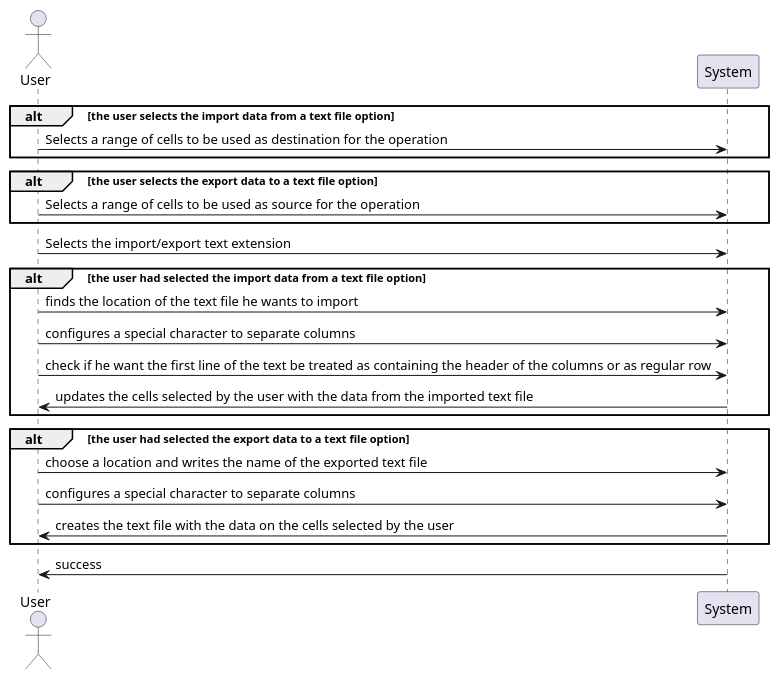
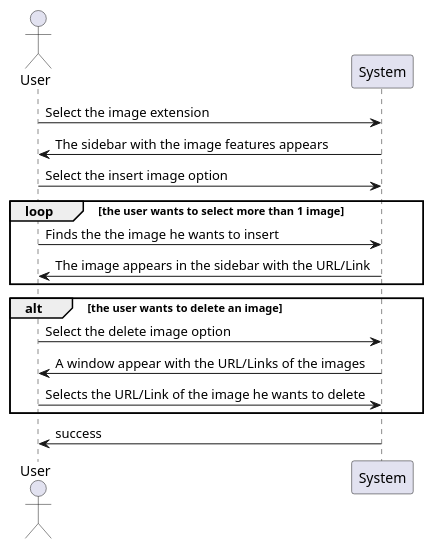
One commit to PeFerreira98/ISEP.Lic.LAPR4_2017 changed the diagram in src/main/java/lapr4/green/s2/core/n1130626/insertimage/core06.1_analysis.puml. Above: the diagram before and after it, drawn with PlantUML.

Commit message:
#LAPR4E17DL-162 #comment Analysis partially done #time 2h

```diff
--- a/src/main/java/lapr4/green/s2/core/n1130626/insertimage/core06.1_analysis.puml
+++ b/src/main/java/lapr4/green/s2/core/n1130626/insertimage/core06.1_analysis.puml
@@ -1,32 +1,24 @@
 @startuml core06.1_analysis.png
 
 actor User
 
 participant "System" as s
 
-alt the user selects the import data from a text file option
-User->s: Selects a range of cells to be used as destination for the operation
+User->s: Select the image extension
+s->User: The sidebar with the image features appears
+User->s: Select the insert image option
+
+loop the user wants to select more than 1 image
+User->s: Finds the the image he wants to insert
+s->User: The image appears in the sidebar with the URL/Link
 end
 
-alt the user selects the export data to a text file option
-User->s: Selects a range of cells to be used as source for the operation
-end
-
-User->s: Selects the import/export text extension
-
-alt the user had selected the import data from a text file option
-User->s: finds the location of the text file he wants to import
-User->s: configures a special character to separate columns
-User->s: check if he want the first line of the text be treated as containing the header of the columns or as regular row
-s->User: updates the cells selected by the user with the data from the imported text file
-end
-
-alt the user had selected the export data to a text file option
-User->s: choose a location and writes the name of the exported text file
-User->s: configures a special character to separate columns
-s->User: creates the text file with the data on the cells selected by the user
+alt the user wants to delete an image
+User->s: Select the delete image option
+s->User: A window appear with the URL/Links of the images
+User->s: Selects the URL/Link of the image he wants to delete
 end
 
 s->User: success
 
 @enduml
```
